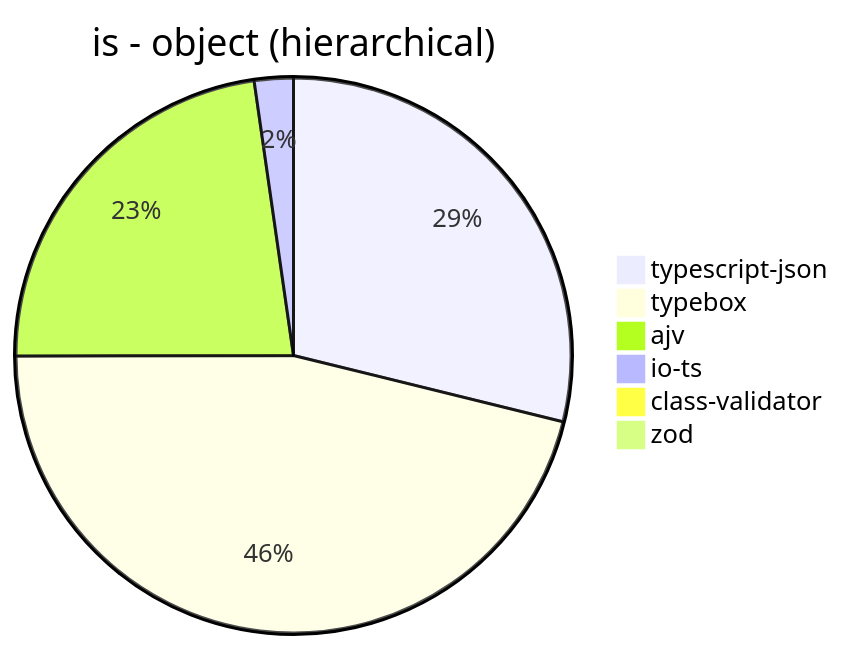
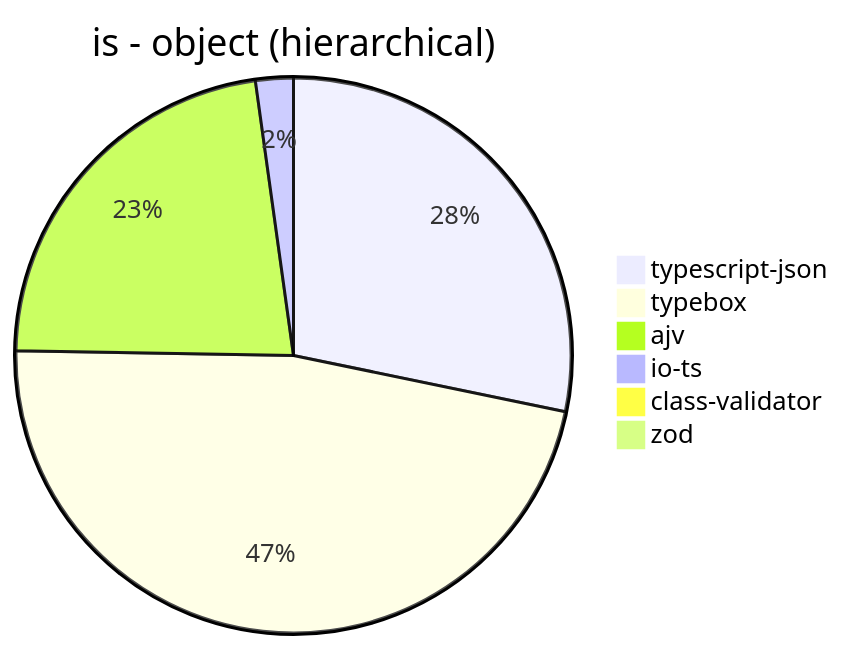
One commit to samchon/typia changed the first of 39 diagrams in benchmark/results/AMD Ryzen 9 5900HX with Radeon Graphics.md. Above: the diagram before and after it, drawn with Mermaid. The commit also changed other lines of this file and 3 other files, not shown here.

````diff
--- a/benchmark/results/AMD Ryzen 9 5900HX with Radeon Graphics.md
+++ b/benchmark/results/AMD Ryzen 9 5900HX with Radeon Graphics.md
@@ -21,9 +21,9 @@
 ```mermaid
 pie title is - object (hierarchical)
-  "typescript-json": 116633.84615384614
-  "typebox": 186572.3400586308
-  "ajv": 92013.37913578015
-  "io-ts": 9175.931021830856
-  "class-validator": 65.79643676133357
-  "zod": 429.03811252268605
+  "typescript-json": 117845.05232237928
+  "typebox": 196188.82395909424
+  "ajv": 94026.64430780697
+  "io-ts": 9165.611028315945
+  "class-validator": 65.35720493655484
+  "zod": 429.7460259455509
 ```
````
